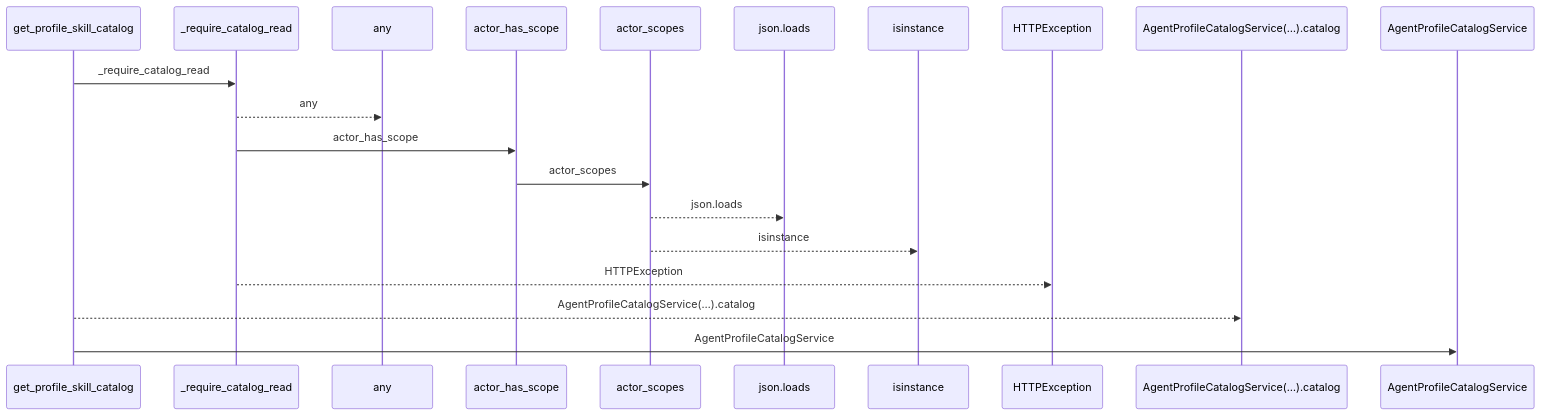
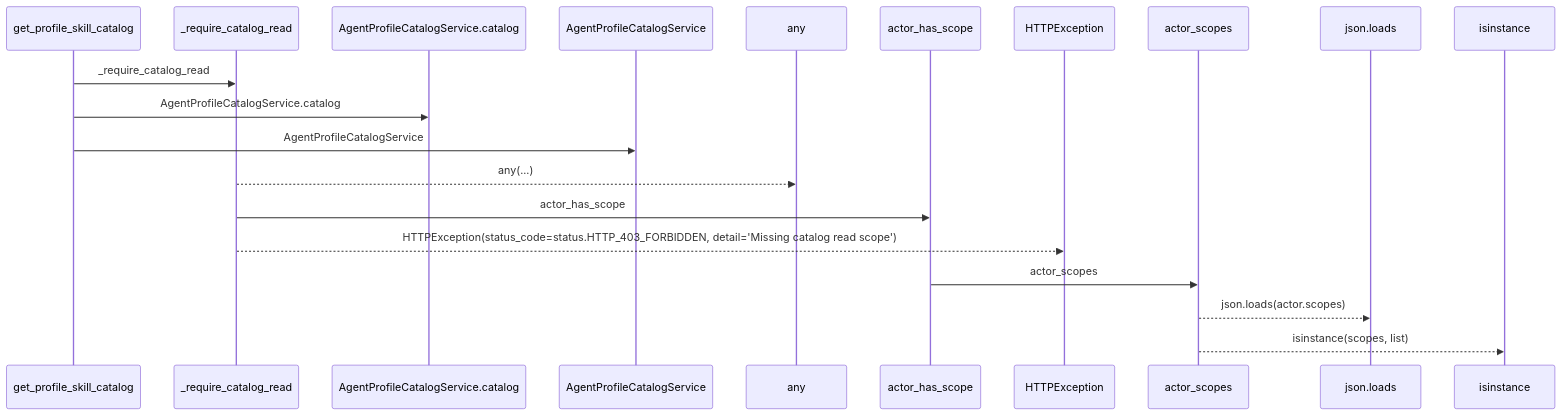
Before and after one commit to Denissvgn/WorkChord: the first of 2 diagrams in docs/llm_wiki/flows/http-get_profile_skill_catalog.md, drawn with Mermaid. The commit also changed other lines of this file and 25171 other files, not shown here.

````diff
--- a/docs/llm_wiki/flows/http-get_profile_skill_catalog.md
+++ b/docs/llm_wiki/flows/http-get_profile_skill_catalog.md
@@ -10,22 +12,22 @@
 ```mermaid
 sequenceDiagram
     participant p0 as get_profile_skill_catalog
     participant p1 as _require_catalog_read
-    participant p2 as any
-    participant p3 as actor_has_scope
-    participant p4 as actor_scopes
-    participant p5 as json.loads
-    participant p6 as isinstance
-    participant p7 as HTTPException
-    participant p8 as AgentProfileCatalogService(…).catalog
-    participant p9 as AgentProfileCatalogService
+    participant p2 as AgentProfileCatalogService.catalog
+    participant p3 as AgentProfileCatalogService
+    participant p4 as any
+    participant p5 as actor_has_scope
+    participant p6 as HTTPException
+    participant p7 as actor_scopes
+    participant p8 as json.loads
+    participant p9 as isinstance
     p0->>p1: _require_catalog_read
-    p1-->>p2: any
-    p1->>p3: actor_has_scope
-    p3->>p4: actor_scopes
-    p4-->>p5: json.loads
-    p4-->>p6: isinstance
-    p1-->>p7: HTTPException
-    p0-->>p8: AgentProfileCatalogService(…).catalog
-    p0->>p9: AgentProfileCatalogService
+    p0->>p2: AgentProfileCatalogService.catalog
+    p0->>p3: AgentProfileCatalogService
+    p1-->>p4: any(...)
+    p1->>p5: actor_has_scope
+    p1-->>p6: HTTPException(status_code=status.HTTP_403_FORBIDDEN, detail='Missing catalog read scope')
+    p5->>p7: actor_scopes
+    p7-->>p8: json.loads(actor.scopes)
+    p7-->>p9: isinstance(scopes, list)
 ```
````
